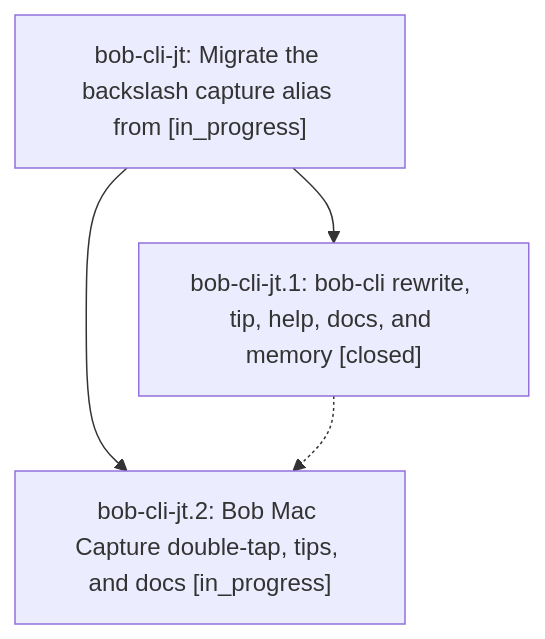
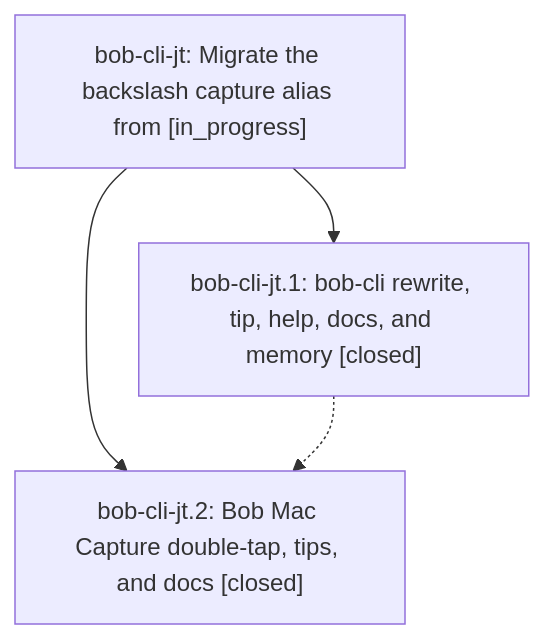
One commit to bobs-org/bob-cli--beads changed the diagram in pages/bob-cli-jt/README.md. Above: the diagram before and after it, drawn with Mermaid. The commit also changed other lines of this file and 2 other files, not shown here.

First line of the commit message:
chore(beads): sync bead state and pages for bob-cli-jt

````diff
--- a/pages/bob-cli-jt/README.md
+++ b/pages/bob-cli-jt/README.md
@@ -35,9 +35,9 @@
 ```mermaid
 flowchart TD
     n0["bob-cli-jt: Migrate the backslash capture alias from [in_progress]"]
     n1["bob-cli-jt.1: bob-cli rewrite, tip, help, docs, and memory [closed]"]
-    n2["bob-cli-jt.2: Bob Mac Capture double-tap, tips, and docs [in_progress]"]
+    n2["bob-cli-jt.2: Bob Mac Capture double-tap, tips, and docs [closed]"]
     n0 --> n1
     n0 --> n2
     n1 -.-> n2
 ```
````
